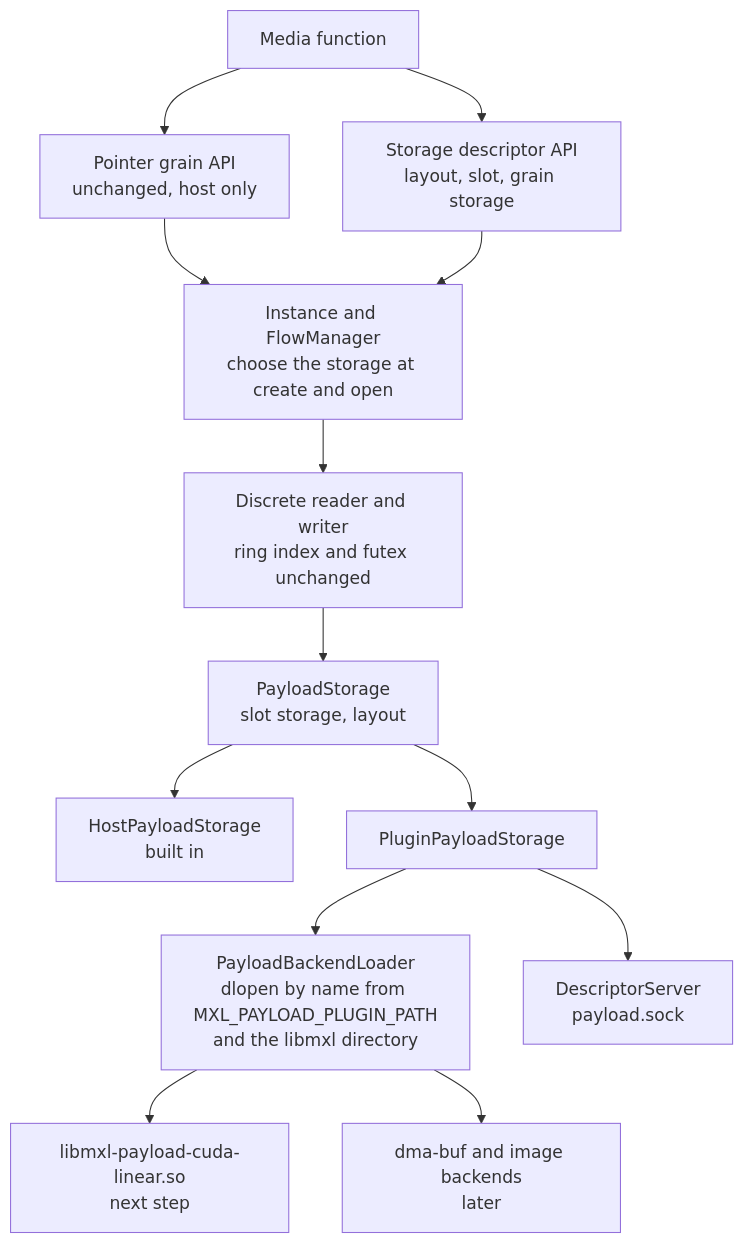
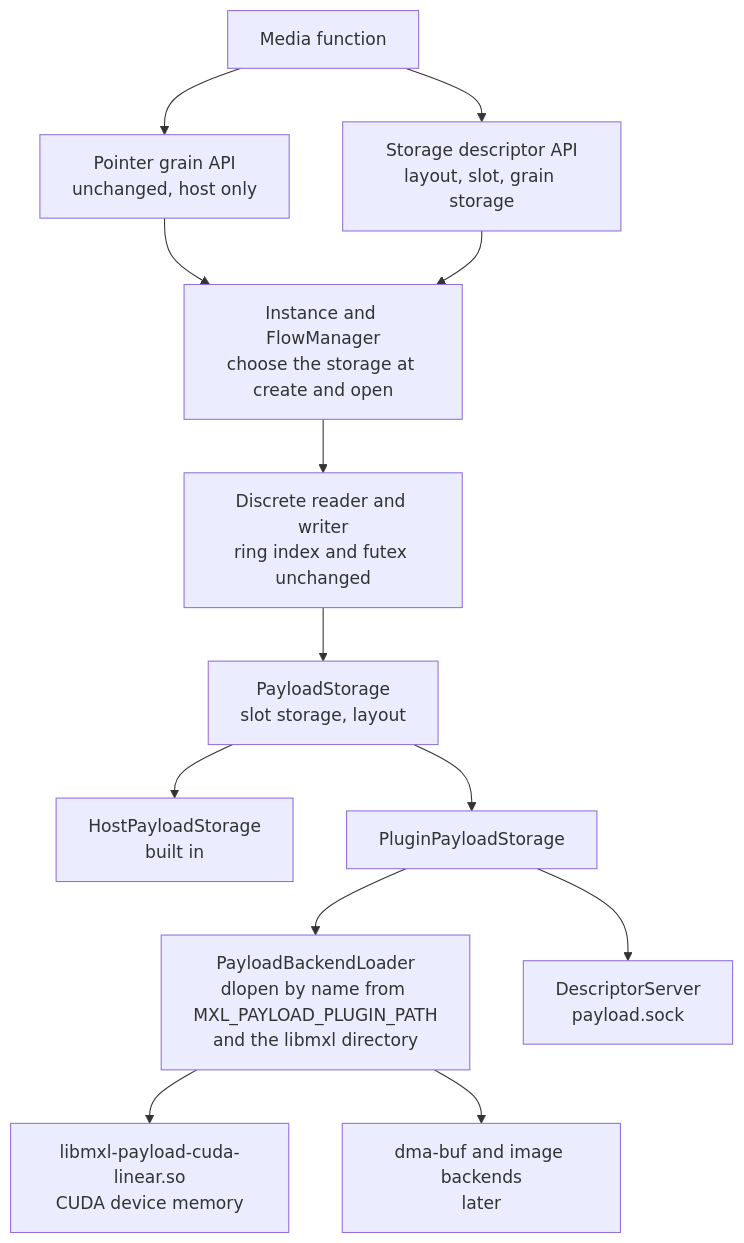
Before and after one commit to bisect-pt/mxl: the diagram in docs/PayloadStorage.md, drawn with Mermaid. The commit also changed other lines of this file and 9 other files, not shown here.

````diff
--- a/docs/PayloadStorage.md
+++ b/docs/PayloadStorage.md
@@ -300,27 +334,27 @@
 ```mermaid
 flowchart TB
     app["Media function"]
     ptr["Pointer grain API<br/>unchanged, host only"]
     desc["Storage descriptor API<br/>layout, slot, grain storage"]
     mgr["Instance and FlowManager<br/>choose the storage at create and open"]
     rw["Discrete reader and writer<br/>ring index and futex unchanged"]
     ps["PayloadStorage<br/>slot storage, layout"]
     host["HostPayloadStorage<br/>built in"]
     plugin["PluginPayloadStorage"]
     loader["PayloadBackendLoader<br/>dlopen by name from MXL_PAYLOAD_PLUGIN_PATH<br/>and the libmxl directory"]
     channel["DescriptorServer<br/>payload.sock"]
-    cuda["libmxl-payload-cuda-linear.so<br/>next step"]
+    cuda["libmxl-payload-cuda-linear.so<br/>CUDA device memory"]
     dmabuf["dma-buf and image backends<br/>later"]
     app --> ptr
     app --> desc
     ptr --> mgr
     desc --> mgr
     mgr --> rw
     rw --> ps
     ps --> host
     ps --> plugin
     plugin --> loader
     plugin --> channel
     loader --> cuda
     loader --> dmabuf
 ```
````
